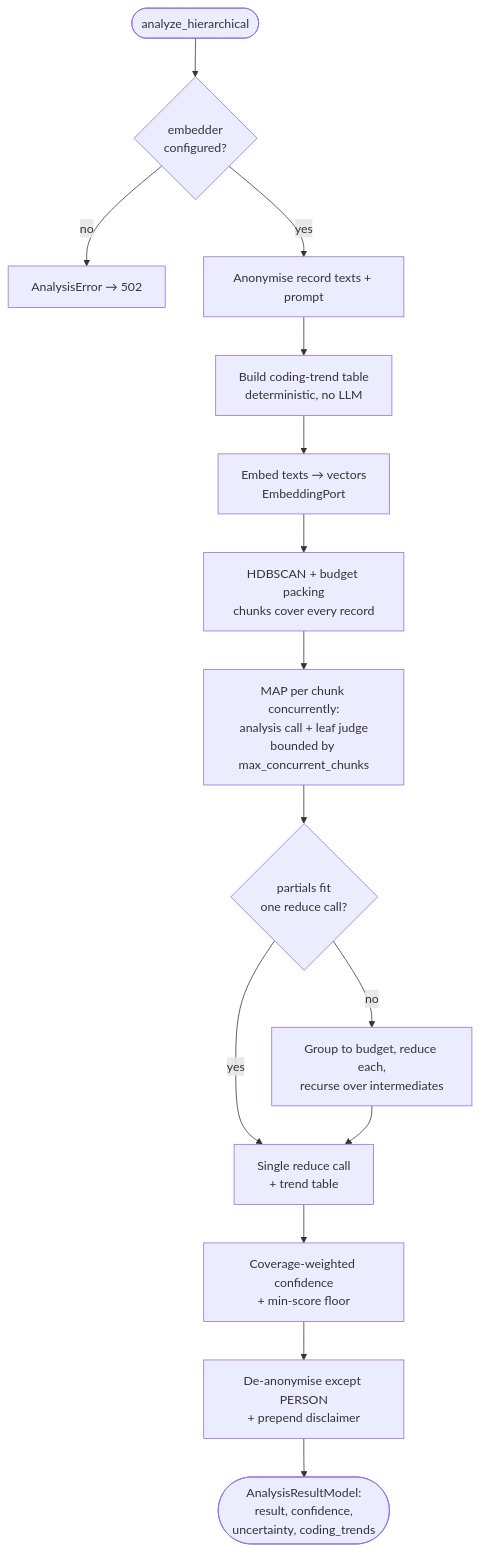
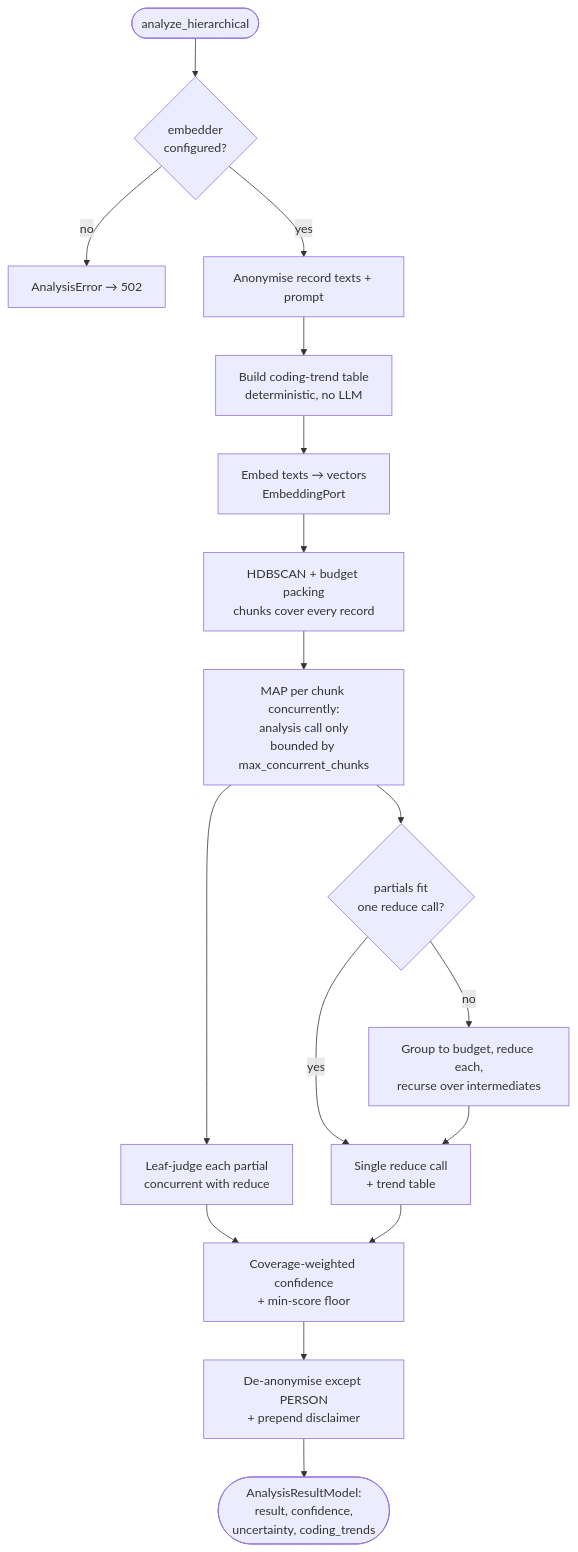
One commit to rodekruis/qualitative-feedback-analysis changed the first of 2 diagrams in docs/architecture/07-hierarchical-analysis.md. Above: the diagram before and after it, drawn with Mermaid. The commit also changed other lines of this file and 3 other files, not shown here.

First line of the commit message:
feat(analyze): overlap leaf judging with the reduce phase

````diff
--- a/docs/architecture/07-hierarchical-analysis.md
+++ b/docs/architecture/07-hierarchical-analysis.md
@@ -114,17 +123,19 @@
 ```mermaid
 flowchart TD
     start([analyze_hierarchical]) --> guard{embedder<br/>configured?}
     guard -- no --> err[AnalysisError → 502]
     guard -- yes --> anon[Anonymise record texts + prompt]
     anon --> trend[Build coding-trend table<br/>deterministic, no LLM]
     trend --> embed[Embed texts → vectors<br/>EmbeddingPort]
     embed --> cluster[HDBSCAN + budget packing<br/>chunks cover every record]
-    cluster --> map[MAP per chunk concurrently:<br/>analysis call + leaf judge<br/>bounded by max_concurrent_chunks]
+    cluster --> map[MAP per chunk concurrently:<br/>analysis call only<br/>bounded by max_concurrent_chunks]
+    map --> judge[Leaf-judge each partial<br/>concurrent with reduce]
     map --> fits{partials fit<br/>one reduce call?}
     fits -- yes --> synth[Single reduce call<br/>+ trend table]
     fits -- no --> tree[Group to budget, reduce each,<br/>recurse over intermediates]
     tree --> synth
-    synth --> conf[Coverage-weighted confidence<br/>+ min-score floor]
+    judge --> conf[Coverage-weighted confidence<br/>+ min-score floor]
+    synth --> conf
     conf --> deanon[De-anonymise except PERSON<br/>+ prepend disclaimer]
     deanon --> out([AnalysisResultModel:<br/>result, confidence,<br/>uncertainty, coding_trends])
 ```
````
